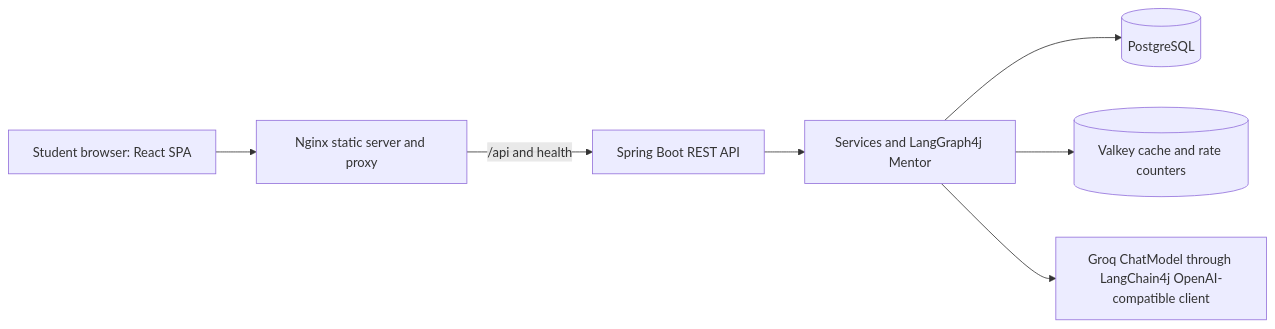
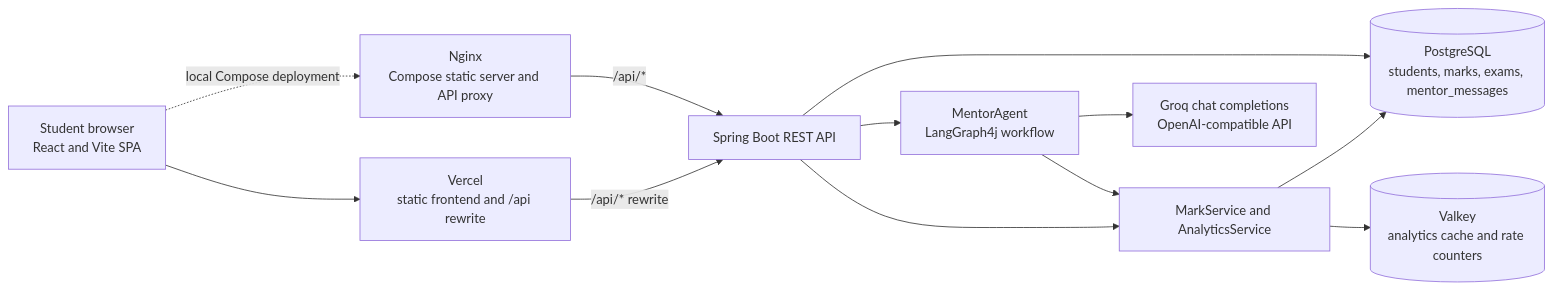
Before and after one commit to rajath88/edu-mentor: the diagram in README.md, drawn with Mermaid. The commit also changed other lines of this file, not shown here.

Commit message:
Improve EduMentor project documentation

````diff
--- a/README.md
+++ b/README.md
@@ -33,9 +61,24 @@
-~~~mermaid
+```mermaid
 flowchart LR
-  U[Student browser: React SPA] --> N[Nginx static server and proxy]
-  N -->|/api and health| A[Spring Boot REST API]
-  A --> S[Services and LangGraph4j Mentor]
-  S --> P[(PostgreSQL)]
-  S --> V[(Valkey cache and rate counters)]
-  S --> L[Groq ChatModel through LangChain4j OpenAI-compatible client]
-~~~
+    Browser[Student browser<br/>React and Vite SPA]
+    Vercel[Vercel<br/>static frontend and /api rewrite]
+    Nginx[Nginx<br/>Compose static server and API proxy]
+    API[Spring Boot REST API]
+    Services[MarkService and AnalyticsService]
+    Mentor[MentorAgent<br/>LangGraph4j workflow]
+    DB[(PostgreSQL<br/>students, marks, exams, mentor_messages)]
+    Cache[(Valkey<br/>analytics cache and rate counters)]
+    Groq[Groq chat completions<br/>OpenAI-compatible API]
+
+    Browser --> Vercel
+    Vercel -->|/api/* rewrite| API
+    Browser -. local Compose deployment .-> Nginx
+    Nginx -->|/api/*| API
+    API --> Services
+    Services --> DB
+    Services --> Cache
+    API --> Mentor
+    Mentor --> Services
+    Mentor --> Groq
+    API --> DB
+```
````
